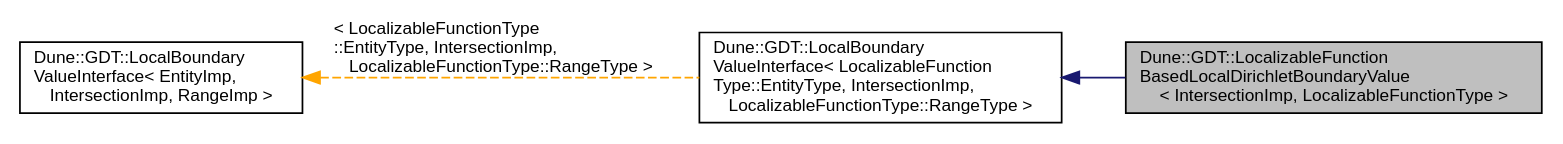
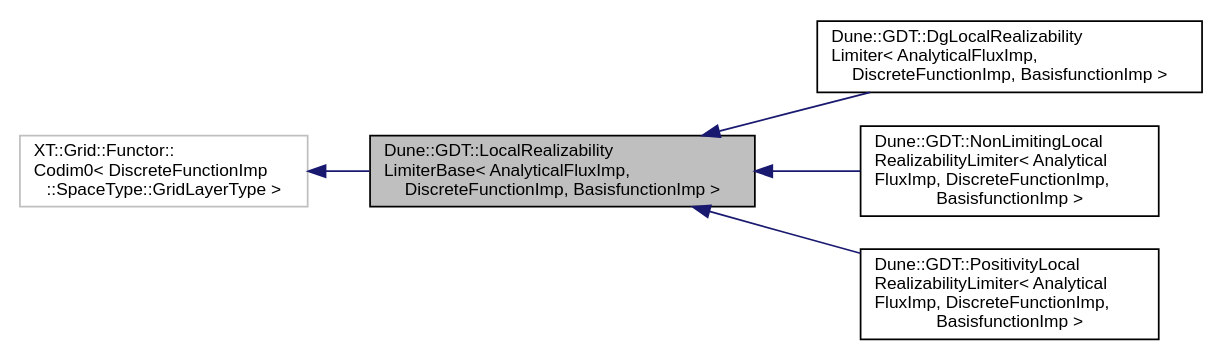
The diagram in docs/dune-gdt/''/a01910.dot (dune-community/dune-community.github.io), drawn with Graphviz before and after one commit. The commit also changed 2733 other files, not shown here.

Commit message:
Updated documentation for dune-gdt ''

```diff
--- a/docs/dune-gdt/''/a01910.dot
+++ b/docs/dune-gdt/''/a01910.dot
@@ -1,11 +1,15 @@
-digraph "Dune::GDT::LocalizableFunctionBasedLocalDirichletBoundaryValue&lt; IntersectionImp, LocalizableFunctionType &gt;"
+digraph "Dune::GDT::LocalRealizabilityLimiterBase&lt; AnalyticalFluxImp, DiscreteFunctionImp, BasisfunctionImp &gt;"
 {
   edge [fontname="Helvetica",fontsize="10",labelfontname="Helvetica",labelfontsize="10"];
   node [fontname="Helvetica",fontsize="10",shape=record];
   rankdir="LR";
-  Node0 [label="Dune::GDT::LocalizableFunction\lBasedLocalDirichletBoundaryValue\l\< IntersectionImp, LocalizableFunctionType \>",height=0.2,width=0.4,color="black", fillcolor="grey75", style="filled", fontcolor="black"];
+  Node0 [label="Dune::GDT::LocalRealizability\lLimiterBase\< AnalyticalFluxImp,\l DiscreteFunctionImp, BasisfunctionImp \>",height=0.2,width=0.4,color="black", fillcolor="grey75", style="filled", fontcolor="black"];
   Node1 -> Node0 [dir="back",color="midnightblue",fontsize="10",style="solid",fontname="Helvetica"];
-  Node1 [label="Dune::GDT::LocalBoundary\lValueInterface\< LocalizableFunction\lType::EntityType, IntersectionImp,\l LocalizableFunctionType::RangeType \>",height=0.2,width=0.4,color="black", fillcolor="white", style="filled",URL="$a01903.html"];
-  Node2 -> Node1 [dir="back",color="orange",fontsize="10",style="dashed",label=" \< LocalizableFunctionType\l::EntityType, IntersectionImp,\l LocalizableFunctionType::RangeType \>" ,fontname="Helvetica"];
-  Node2 [label="Dune::GDT::LocalBoundary\lValueInterface\< EntityImp,\l IntersectionImp, RangeImp \>",height=0.2,width=0.4,color="black", fillcolor="white", style="filled",URL="$a01903.html"];
+  Node1 [label="XT::Grid::Functor::\lCodim0\< DiscreteFunctionImp\l::SpaceType::GridLayerType \>",height=0.2,width=0.4,color="grey75", fillcolor="white", style="filled"];
+  Node0 -> Node2 [dir="back",color="midnightblue",fontsize="10",style="solid",fontname="Helvetica"];
+  Node2 [label="Dune::GDT::DgLocalRealizability\lLimiter\< AnalyticalFluxImp,\l DiscreteFunctionImp, BasisfunctionImp \>",height=0.2,width=0.4,color="black", fillcolor="white", style="filled",URL="$a01923.html"];
+  Node0 -> Node3 [dir="back",color="midnightblue",fontsize="10",style="solid",fontname="Helvetica"];
+  Node3 [label="Dune::GDT::NonLimitingLocal\lRealizabilityLimiter\< Analytical\lFluxImp, DiscreteFunctionImp,\l BasisfunctionImp \>",height=0.2,width=0.4,color="black", fillcolor="white", style="filled",URL="$a01915.html"];
+  Node0 -> Node4 [dir="back",color="midnightblue",fontsize="10",style="solid",fontname="Helvetica"];
+  Node4 [label="Dune::GDT::PositivityLocal\lRealizabilityLimiter\< Analytical\lFluxImp, DiscreteFunctionImp,\l BasisfunctionImp \>",height=0.2,width=0.4,color="black", fillcolor="white", style="filled",URL="$a01919.html"];
 }
```
